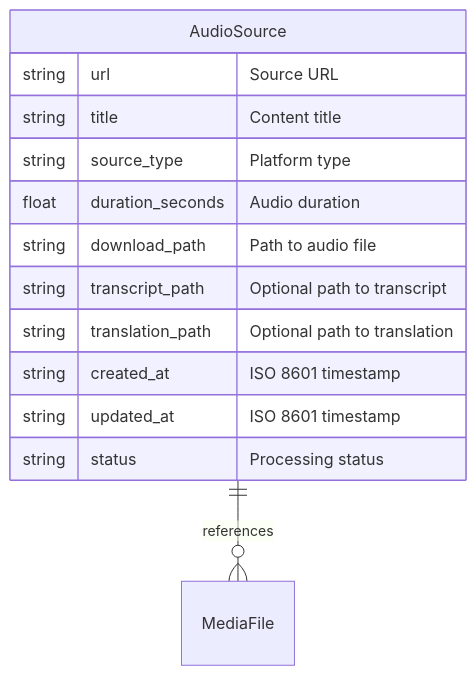
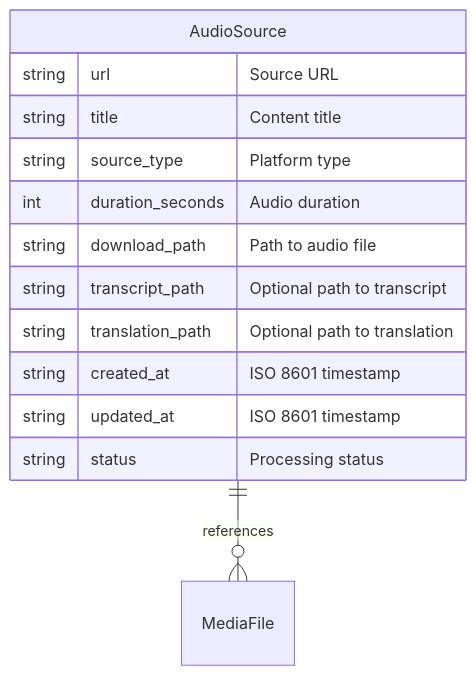
One commit to rcgray/free-genai-bootcamp-2025 changed the diagram in listening-comp/docs/Database-Schema.md. Above: the diagram before and after it, drawn with Mermaid. The commit also changed other lines of this file and 17 other files, not shown here.

Commit message:
added audio_processor module for getting audio file duration

````diff
--- a/listening-comp/docs/Database-Schema.md
+++ b/listening-comp/docs/Database-Schema.md
@@ -14,17 +14,17 @@
 ```mermaid
 erDiagram
     AudioSource {
         string url "Source URL"
         string title "Content title"
         string source_type "Platform type"
-        float duration_seconds "Audio duration"
+        int duration_seconds "Audio duration"
         string download_path "Path to audio file"
         string transcript_path "Optional path to transcript"
         string translation_path "Optional path to translation"
         string created_at "ISO 8601 timestamp"
         string updated_at "ISO 8601 timestamp"
         string status "Processing status"
     }
 
     AudioSource ||--o{ MediaFile : "references"
 ```
````
